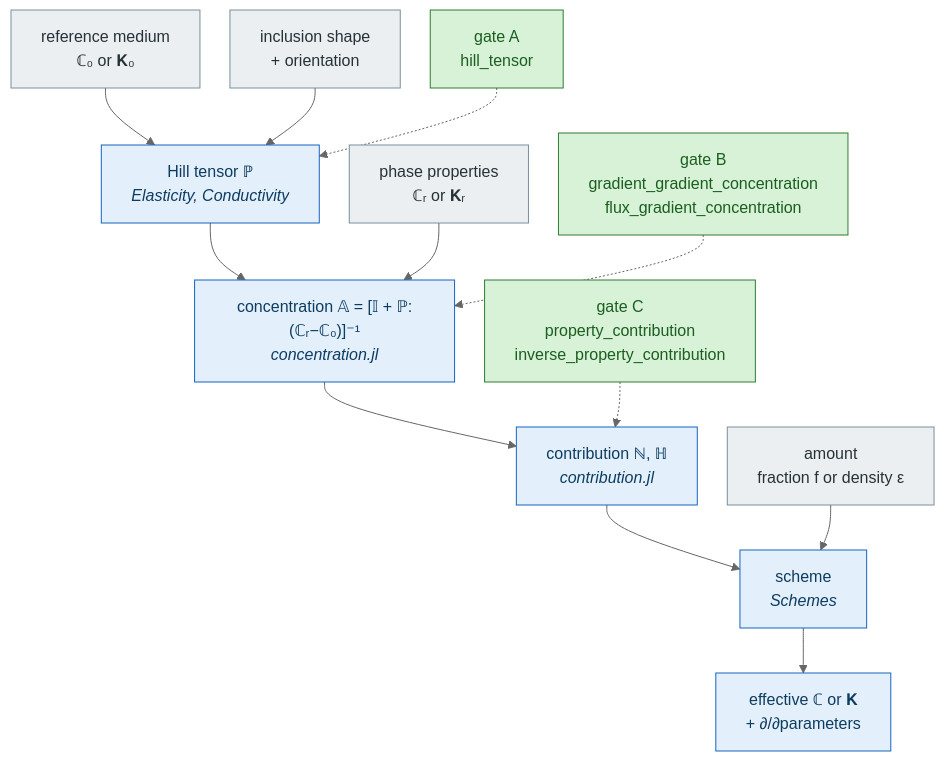
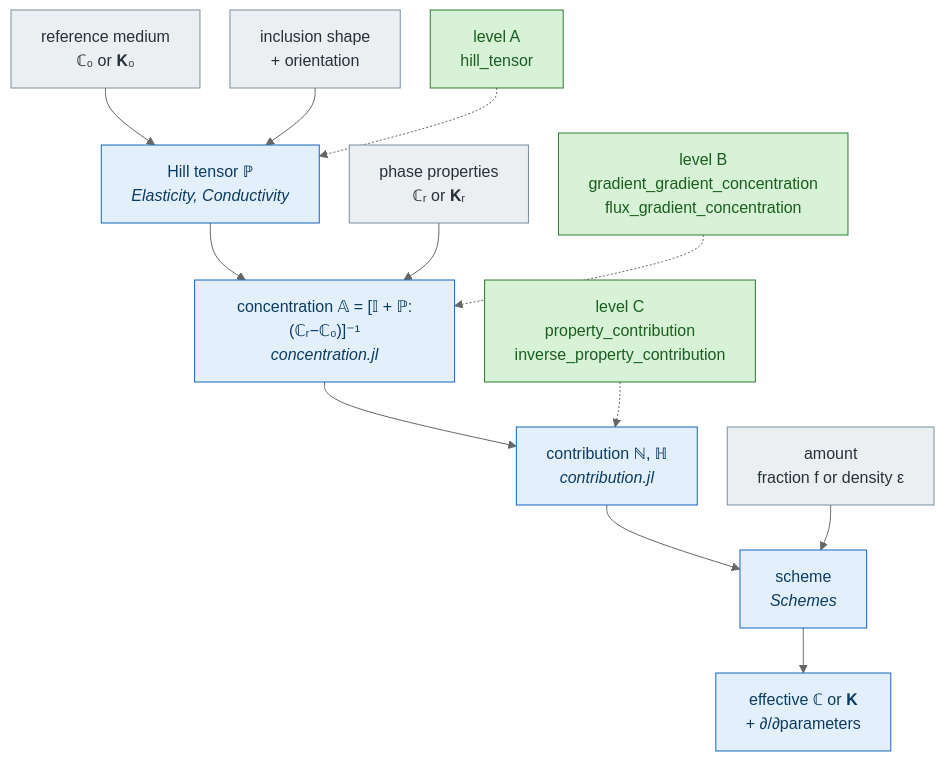
The diagram in docs/src/theory/index.md (MicroPoroChemoMechanics/MeanFieldHomogenization.jl), drawn with Mermaid (neutral theme) before and after one commit. The commit also changed other lines of this file and 277 other files, not shown here.

````diff
--- a/docs/src/theory/index.md
+++ b/docs/src/theory/index.md
@@ -42,34 +42,34 @@
 ```mermaid
 %%{init: {"flowchart": {"useMaxWidth": false, "nodeSpacing": 30, "rankSpacing": 45}} }%%
 flowchart TB
     C0["reference medium<br/>ℂ₀ or 𝐊₀"]
     SHAPE["inclusion shape<br/>+ orientation"]
     PROP["phase properties<br/>ℂᵣ or 𝐊ᵣ"]
     AMOUNT["amount<br/>fraction f or density ε"]
 
     P["Hill tensor ℙ<br/><i>Elasticity, Conductivity</i>"]
     A["concentration 𝔸 = [𝕀 + ℙ:(ℂᵣ−ℂ₀)]⁻¹<br/><i>concentration.jl</i>"]
     N["contribution ℕ, ℍ<br/><i>contribution.jl</i>"]
     S["scheme<br/><i>Schemes</i>"]
     EFF["effective ℂ or 𝐊<br/>+ ∂/∂parameters"]
 
     C0 --> P
     SHAPE --> P
     P --> A
     PROP --> A
     A --> N
     N --> S
     AMOUNT --> S
     S --> EFF
 
-    GA["gate A<br/>hill_tensor"] -.-> P
-    GB["gate B<br/>gradient_gradient_concentration<br/>flux_gradient_concentration"] -.-> A
-    GC["gate C<br/>property_contribution<br/>inverse_property_contribution"] -.-> N
+    GA["level A<br/>hill_tensor"] -.-> P
+    GB["level B<br/>gradient_gradient_concentration<br/>flux_gradient_concentration"] -.-> A
+    GC["level C<br/>property_contribution<br/>inverse_property_contribution"] -.-> N
 
     classDef ext fill:#d7f2d7,stroke:#2e7d32,color:#1b5e20
     classDef inbox fill:#eceff1,stroke:#78909c,color:#263238
     classDef comp fill:#e3f0fb,stroke:#1565c0,color:#0d3c61
     class C0,SHAPE,AMOUNT,PROP inbox
     class GA,GB,GC ext
     class P,A,N,S,EFF comp
 ```
````
